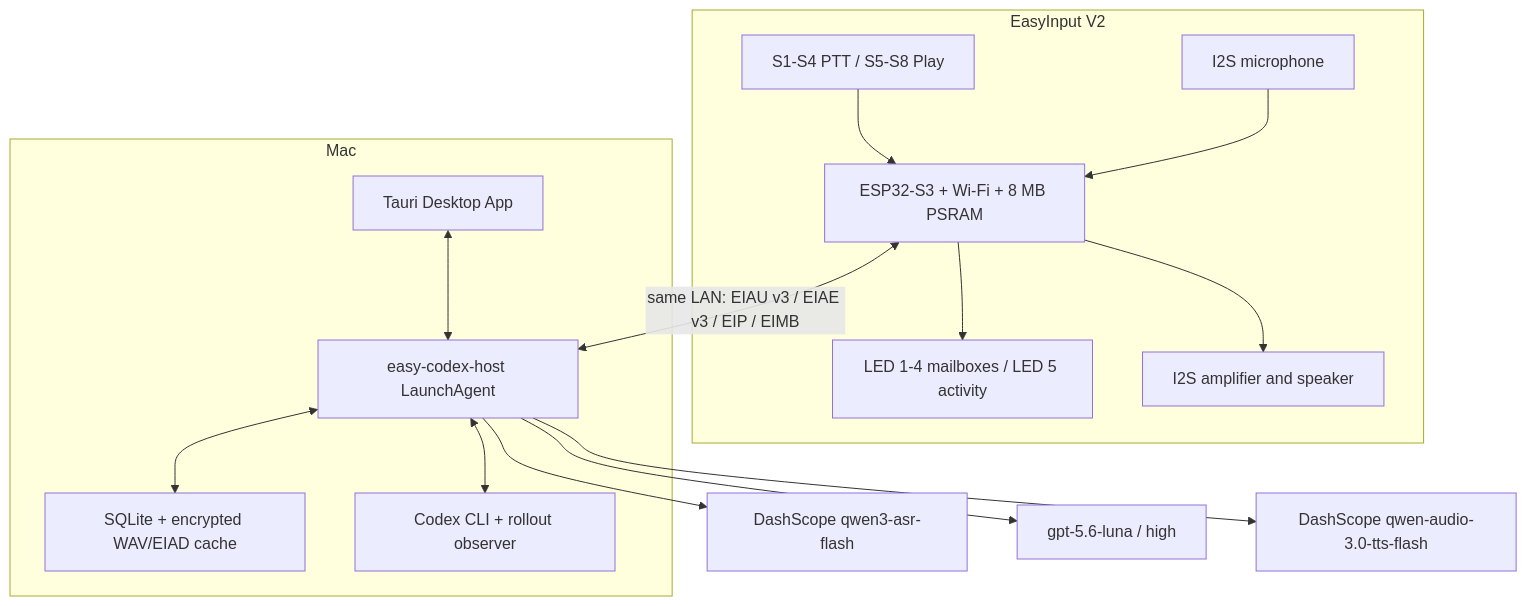
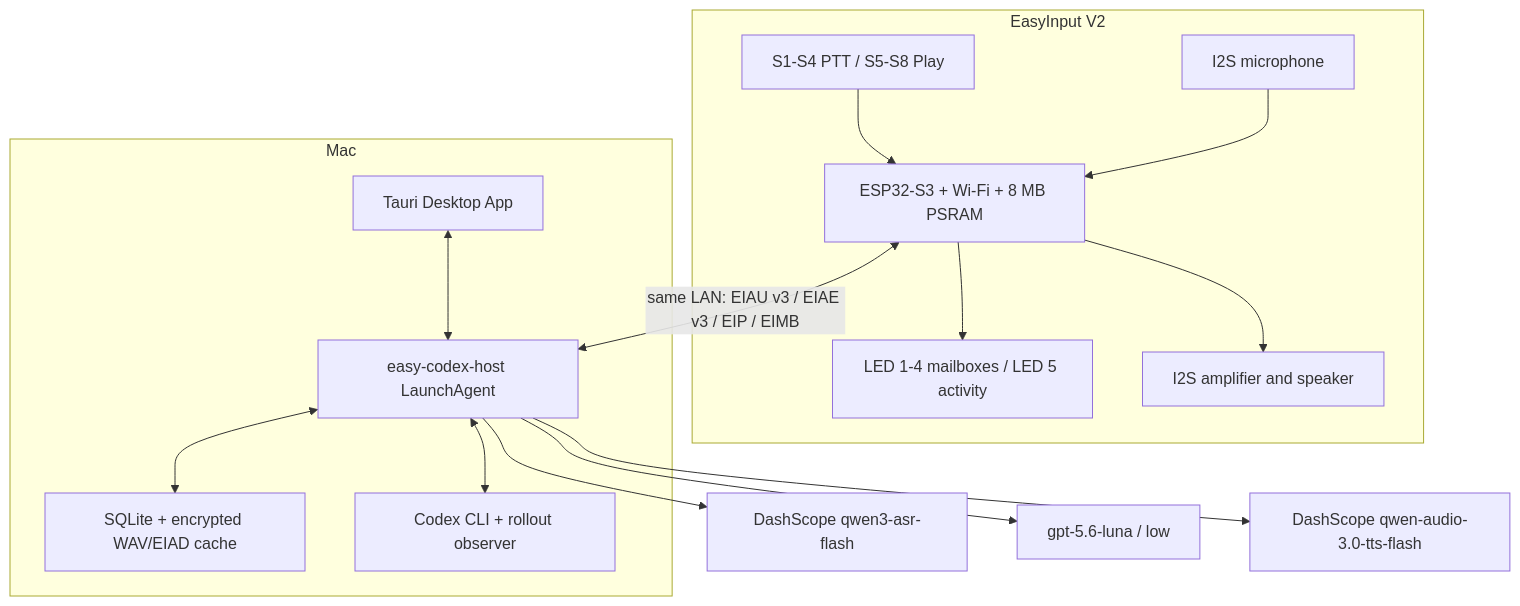
Before and after one commit to Larkspur-Wang/Codex_Keyboard: the first of 3 diagrams in docs/端到端架构.md, drawn with Mermaid. The commit also changed other lines of this file and 6 other files, not shown here.

First line of the commit message:
fix: accept Codex 0.154 queue sqlite in Spark home and use luna low

````diff
--- a/docs/端到端架构.md
+++ b/docs/端到端架构.md
@@ -5,33 +5,33 @@
 ```mermaid
 flowchart TB
     subgraph Keyboard["EasyInput V2"]
         KEYS["S1-S4 PTT / S5-S8 Play"]
         MIC["I2S microphone"]
         ESP["ESP32-S3 + Wi-Fi + 8 MB PSRAM"]
         LED["LED 1-4 mailboxes / LED 5 activity"]
         SPK["I2S amplifier and speaker"]
         KEYS --> ESP
         MIC --> ESP
         ESP --> SPK
         ESP --> LED
     end
 
     subgraph Mac["Mac"]
         APP["Tauri Desktop App"]
         HOST["easy-codex-host LaunchAgent"]
         DB["SQLite + encrypted WAV/EIAD cache"]
         CODEX["Codex CLI + rollout observer"]
         APP <--> HOST
         HOST <--> DB
         HOST <--> CODEX
     end
 
     ASR["DashScope qwen3-asr-flash"]
-    SPARK["gpt-5.6-luna / high"]
+    SPARK["gpt-5.6-luna / low"]
     TTS["DashScope qwen-audio-3.0-tts-flash"]
 
     ESP <-->|"same LAN: EIAU v3 / EIAE v3 / EIP / EIMB"| HOST
     HOST --> ASR
     HOST --> SPARK
     HOST --> TTS
 ```
````
